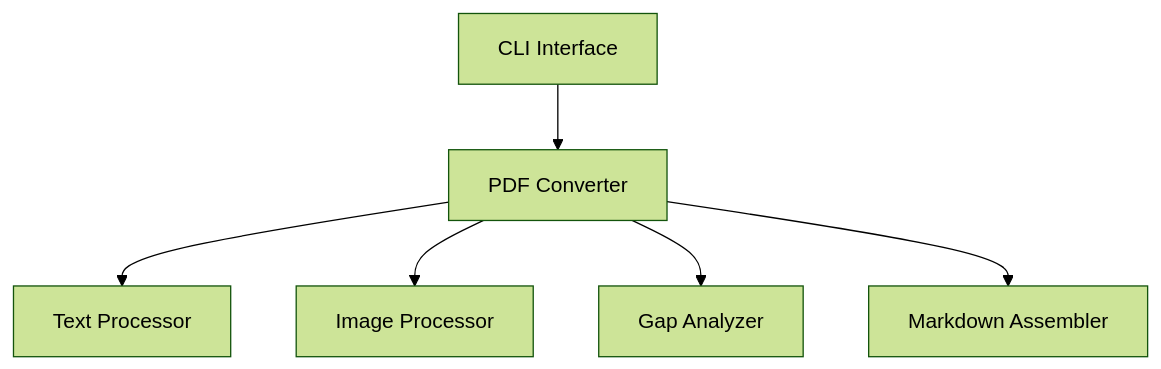
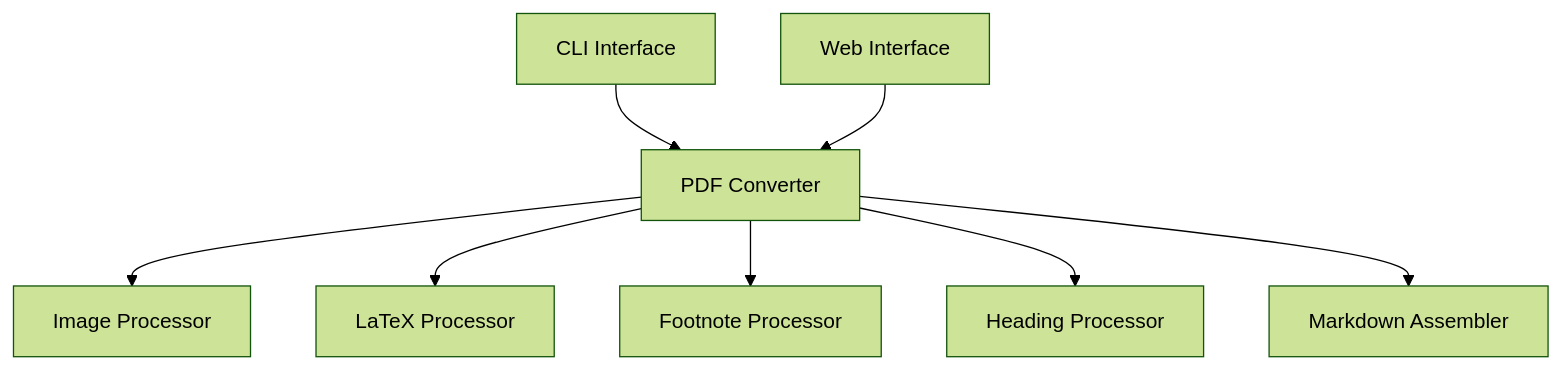
Before and after one commit to Shades-24/pdf2md-core: the second of 8 diagrams in memory-bank/systemPatterns.md, drawn with Mermaid (forest theme). The commit also changed other lines of this file and 25 other files, not shown here.

Commit message:
Initial commit: PDF to Markdown converter with web interface

````diff
--- a/memory-bank/systemPatterns.md
+++ b/memory-bank/systemPatterns.md
@@ -13,8 +13,10 @@
    ```mermaid
    flowchart TD
      CLI[CLI Interface] --> Converter[PDF Converter]
-     Converter --> TextProc[Text Processor]
+     Web[Web Interface] --> Converter
      Converter --> ImageProc[Image Processor]
-     Converter --> GapAnalyzer[Gap Analyzer]
+     Converter --> LatexProc[LaTeX Processor]
+     Converter --> FootnoteProc[Footnote Processor]
+     Converter --> HeadingProc[Heading Processor]
      Converter --> MarkdownAssembler[Markdown Assembler]
    ```
````
